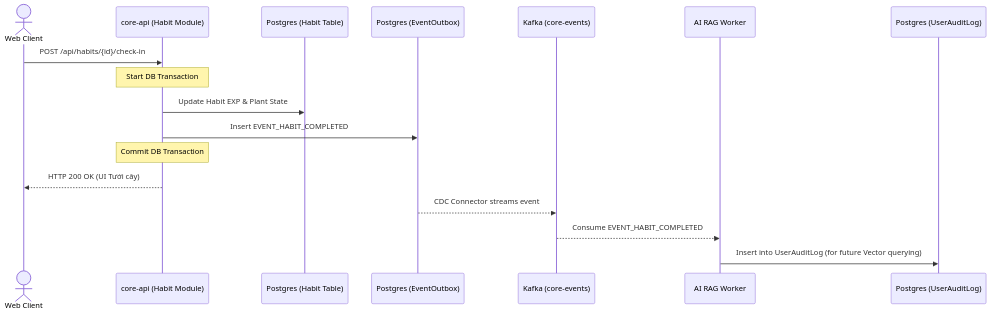
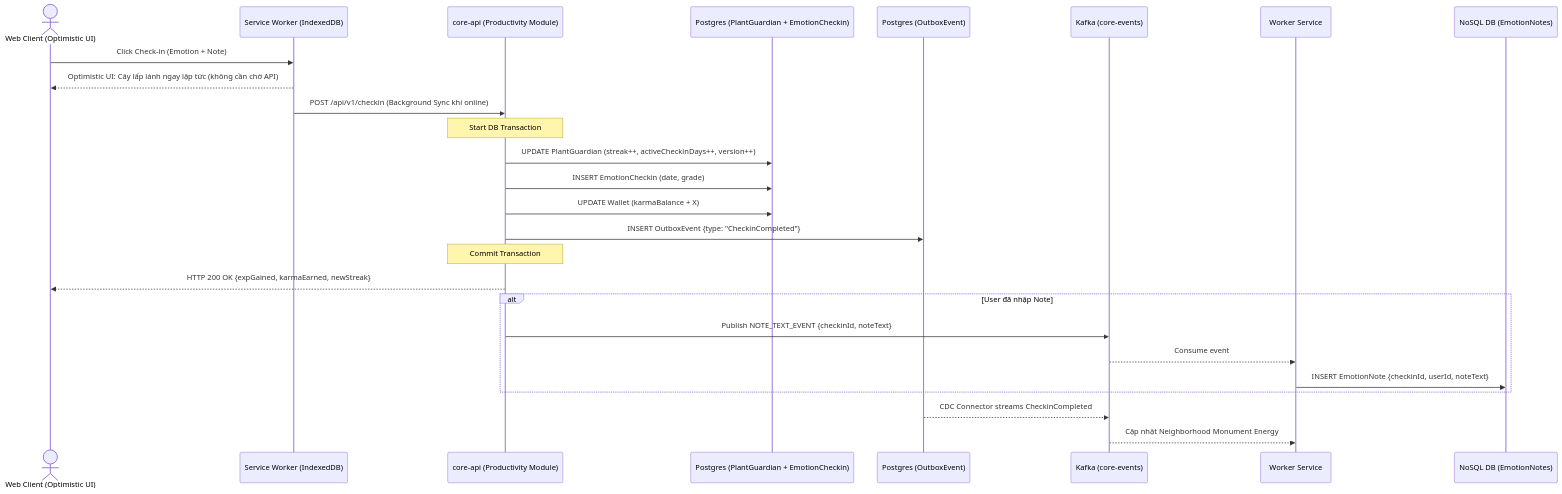
The second of 6 diagrams in docs/03_system_architecture_diagrams.md (minhle106cse/distributed-social-platform), drawn with Mermaid before and after one commit. The commit also changed other lines of this file and 11 other files, not shown here.

Commit message:
Refactor API documentation for Productivity and Economy endpoints; update testing strategies and security measures; enhance project structure and migration plans; add database management scripts.

````diff
--- a/docs/03_system_architecture_diagrams.md
+++ b/docs/03_system_architecture_diagrams.md
@@ -109,22 +107,35 @@
 ```mermaid
 sequenceDiagram
-    actor User as Web Client
-    participant API as core-api (Habit Module)
-    participant DB as Postgres (Habit Table)
-    participant Outbox as Postgres (EventOutbox)
+    actor User as Web Client (Optimistic UI)
+    participant SW as Service Worker (IndexedDB)
+    participant API as core-api (Productivity Module)
+    participant DB as Postgres (PlantGuardian + EmotionCheckin)
+    participant Outbox as Postgres (OutboxEvent)
     participant Kafka as Kafka (core-events)
-    participant AIAgent as AI RAG Worker
-    participant AuditDB as Postgres (UserAuditLog)
+    participant Worker as Worker Service
+    participant NoSQL as NoSQL DB (EmotionNotes)
 
-    User->>API: POST /api/habits/{id}/check-in
+    User->>SW: Click Check-in (Emotion + Note)
+    SW-->>User: Optimistic UI: Cây lấp lánh ngay lập tức (không cần chờ API)
+    SW->>API: POST /api/v1/checkin (Background Sync khi online)
+
     Note over API: Start DB Transaction
-    API->>DB: Update Habit EXP & Plant State
-    API->>Outbox: Insert EVENT_HABIT_COMPLETED
-    Note over API: Commit DB Transaction
-    API-->>User: HTTP 200 OK (UI Tưới cây)
+    API->>DB: UPDATE PlantGuardian (streak++, activeCheckinDays++, version++)
+    API->>DB: INSERT EmotionCheckin (date, grade)
+    API->>DB: UPDATE Wallet (karmaBalance + X)
+    API->>Outbox: INSERT OutboxEvent {type: "CheckinCompleted"}
+    Note over API: Commit Transaction
 
-    %% Async flow
-    Outbox-->>Kafka: CDC Connector streams event
-    Kafka-->>AIAgent: Consume EVENT_HABIT_COMPLETED
-    AIAgent->>AuditDB: Insert into UserAuditLog (for future Vector querying)
+    API-->>User: HTTP 200 OK {expGained, karmaEarned, newStreak}
+
+    %% Async: Note text vào NoSQL
+    alt User đã nhập Note
+        API->>Kafka: Publish NOTE_TEXT_EVENT {checkinId, noteText}
+        Kafka-->>Worker: Consume event
+        Worker->>NoSQL: INSERT EmotionNote {checkinId, userId, noteText}
+    end
+
+    %% Async: Kafka event cho các service khác
+    Outbox-->>Kafka: CDC Connector streams CheckinCompleted
+    Kafka-->>Worker: Cập nhật Neighborhood Monument Energy
 ```
````
